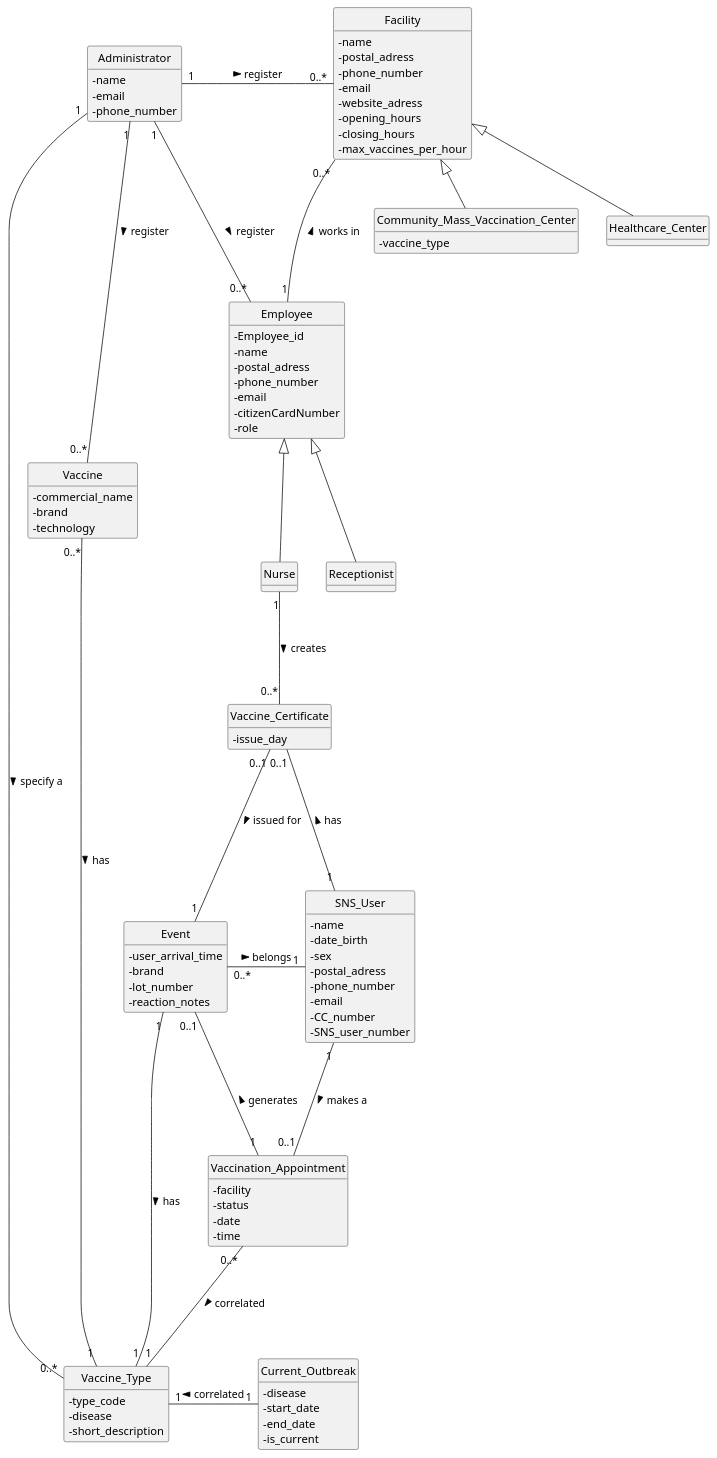
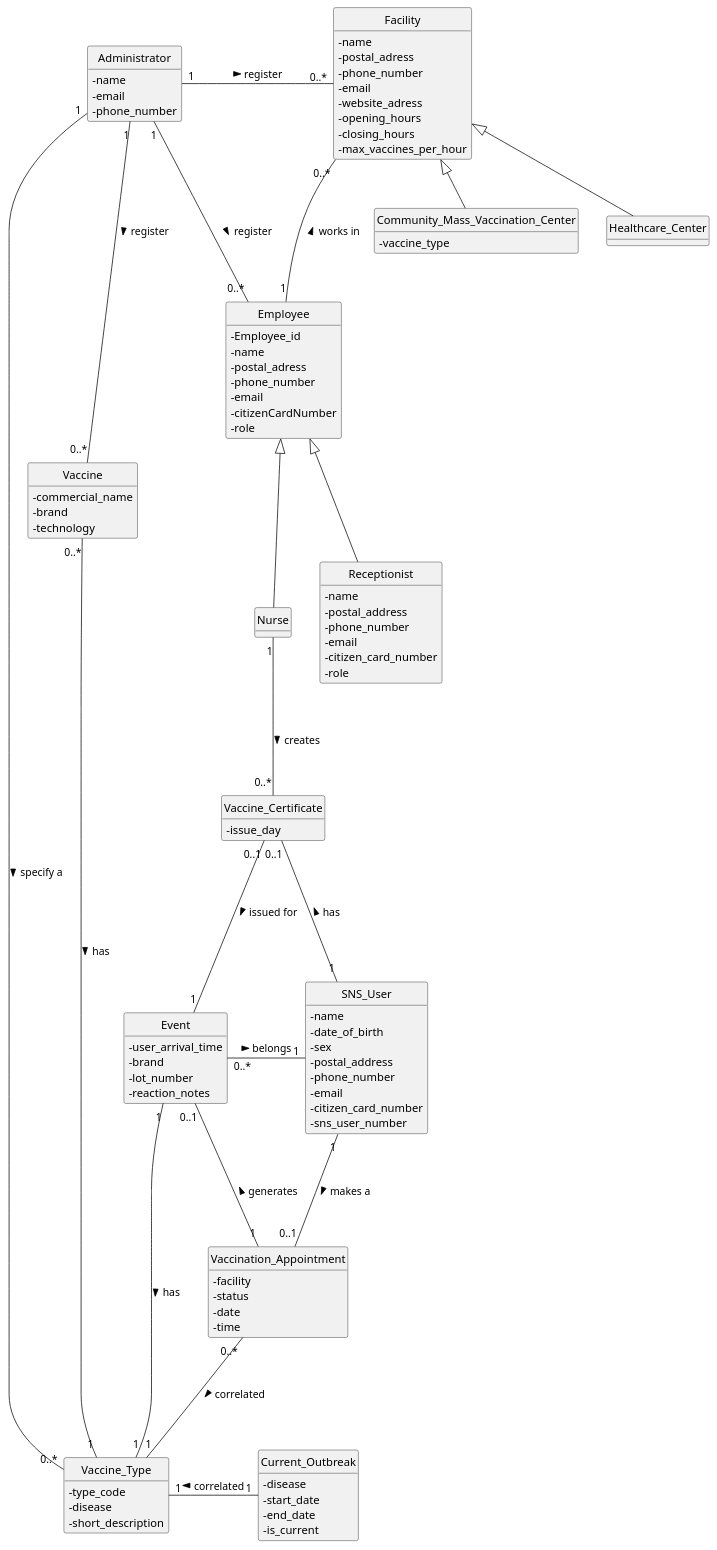
Before and after one commit to Parafita123/leti-esoft-25-26-B1: the diagram in docs/system-documentation/global-artifacts/puml/DM.puml, drawn with PlantUML. The commit also changed 22 other files, not shown here.

```diff
--- a/docs/system-documentation/global-artifacts/puml/DM.puml
+++ b/docs/system-documentation/global-artifacts/puml/DM.puml
@@ -1,143 +1,149 @@
 @startuml
 'https://plantuml.com/class-diagram
 skinparam classAttributeIconSize 0
 hide circle
 hide methods
 
 
 
 class Vaccine {
     - commercial_name
     - brand
     - technology
 }
 
 class Vaccine_Type {
     - type_code
     - disease
     - short_description
 }
 
 class Facility {
     - name
     - postal_adress
     - phone_number
     - email
     - website_adress
     - opening_hours
     - closing_hours
     - max_vaccines_per_hour
 }
 
 class Employee {
     - Employee_id
     - name
     - postal_adress
     - phone_number
     - email
     -citizenCardNumber
     - role
 }
 
 
 class SNS_User {
     - name
-    - date_birth
+    - date_of_birth
     - sex
-    - postal_adress
+    - postal_address
     - phone_number
     - email
-    - CC_number
-    - SNS_user_number
+    - citizen_card_number
+    - sns_user_number
 }
 
 
 
 class Vaccination_Appointment {
     - facility
     - status
     - date
     - time
 }
 
 class Current_Outbreak {
     - disease
     - start_date
     - end_date
     - is_current
 }
 
 class Community_Mass_Vaccination_Center {
  - vaccine_type
 }
 
 class Healthcare_Center {
 }
 
 class Nurse {
 
 }
 
 class Receptionist {
+    - name
+    - postal_address
+    - phone_number
+    - email
+    - citizen_card_number
+    - role
 
 }
 
 class Event {
     - user_arrival_time
     - brand
     - lot_number
     - reaction_notes
 }
 
 class Administrator {
     - name
     - email
     - phone_number
 }
 
 class Vaccine_Certificate {
     - issue_day
 }
 
 Employee <|-- Nurse
 Employee <|-- Receptionist
 
 Facility <|-- Community_Mass_Vaccination_Center
 Facility <|-- Healthcare_Center
 
 Employee "1" -up-- "0..*" Facility : works in >
 
 Administrator "1" -right-- "0..*" Employee: register >
 
 Administrator "1" -down-- "0..*" Vaccine: register >
 
 Administrator "1" -right-- "0..*" Facility: register >
 
 Administrator "1" -down-- "0..*" Vaccine_Type: specify a >
 
 SNS_User "1" -down-- "0..1" Vaccination_Appointment: makes a >
 
 
 
 Current_Outbreak "1" -left-- "1" Vaccine_Type: correlated >
 
 Vaccine "0..*" -right-- "1" Vaccine_Type: has >
 
 Nurse "1" -down-- "0..*" Vaccine_Certificate: creates >
 
 Vaccine_Certificate "0..1" -down-- "1" Event: issued for >
 
 Vaccination_Appointment "0..*" -down-- "1" Vaccine_Type: correlated >
 
 Vaccination_Appointment "1" -up-- "0..1" Event: generates >
 
 Event "0..*" -right-- "1" SNS_User: belongs >
 
 Event "1" -down-- "1" Vaccine_Type:has >
 
 SNS_User "1"  -left-- "0..1" Vaccine_Certificate: has >
 
 
 
 
 @enduml
```
